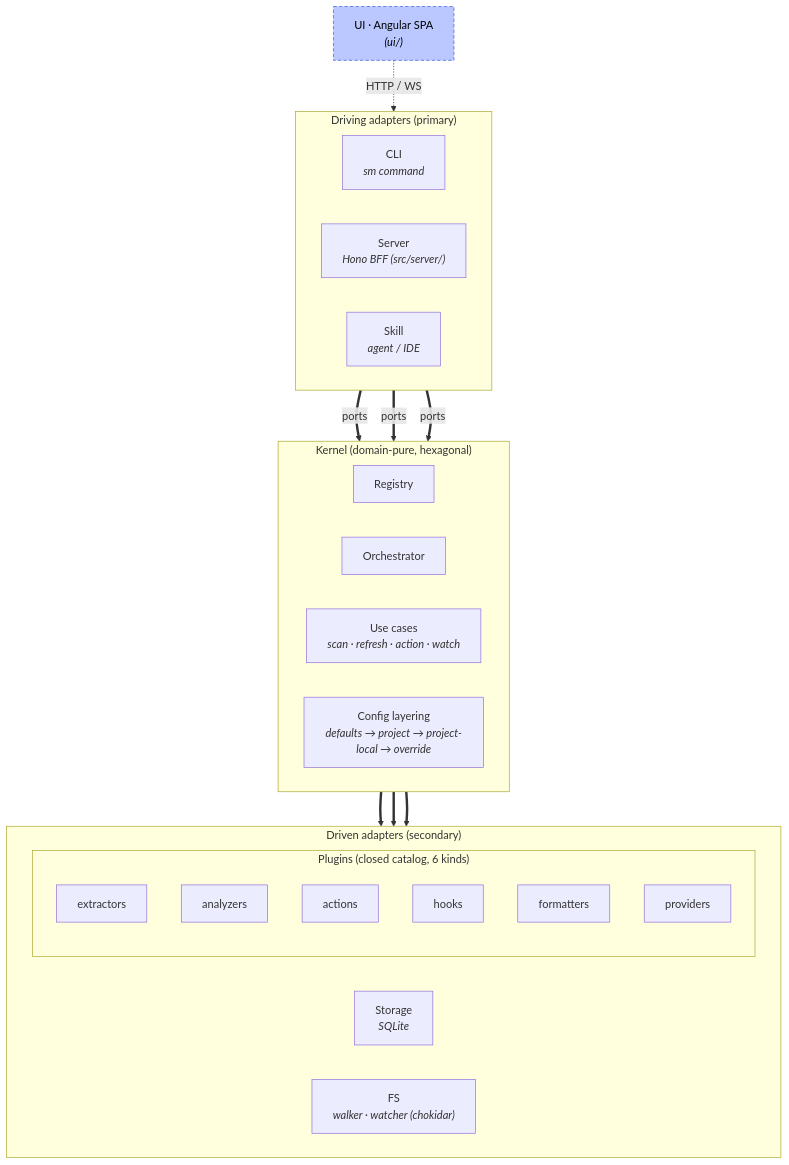
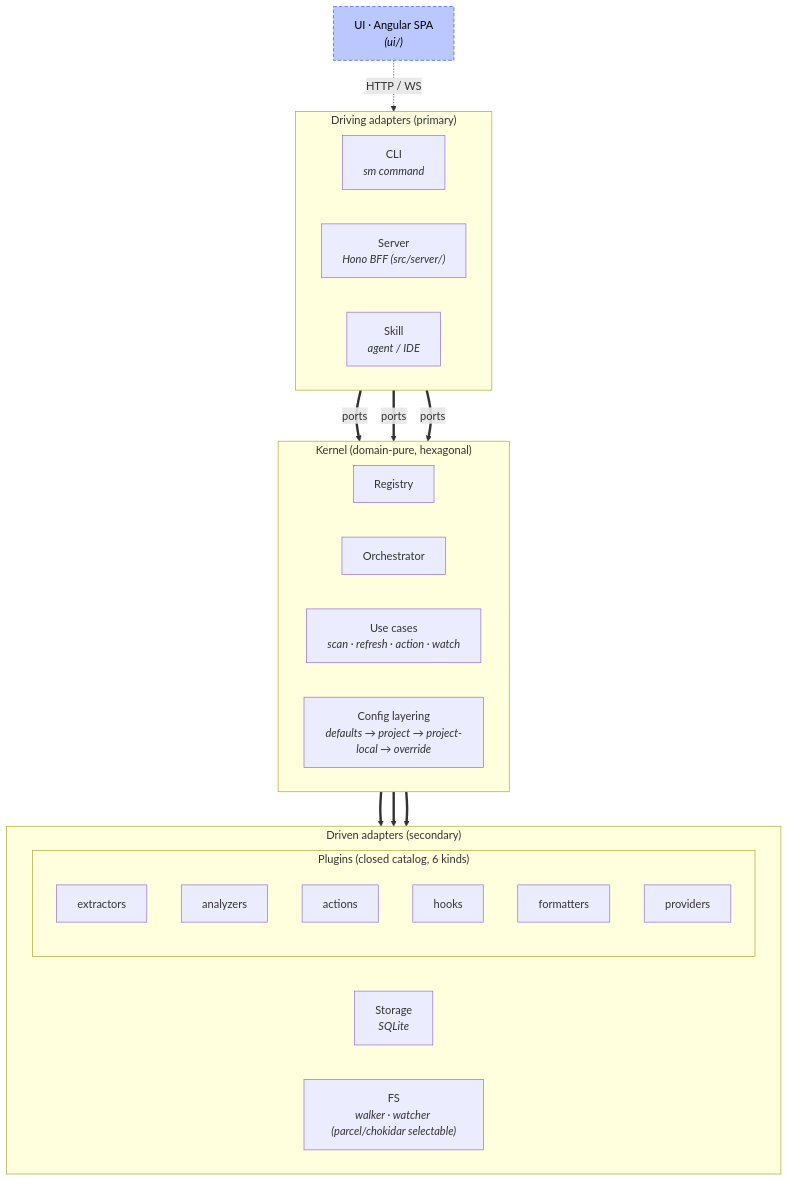
Before and after one commit to TheTechOddBug/skill-map: the diagram in spec/architecture.md, drawn with Mermaid. The commit also changed 16 other files, not shown here.

First line of the commit message:
feat(watcher): selectable backend, @parcel/watcher primary to avoid EMFILE

````diff
--- a/spec/architecture.md
+++ b/spec/architecture.md
@@ -11,49 +11,49 @@
 ```mermaid
 flowchart TB
     subgraph DRIVERS["Driving adapters (primary)"]
         direction LR
         CLI["CLI<br/><i>sm command</i>"]
         SERVER["Server<br/><i>Hono BFF (src/server/)</i>"]
         SKILL["Skill<br/><i>agent / IDE</i>"]
     end
 
     UI["UI · Angular SPA<br/><i>(ui/)</i>"]:::ui
     UI -.->|"HTTP / WS"| SERVER
 
     subgraph KERNEL["Kernel (domain-pure, hexagonal)"]
         direction LR
         REG["Registry"]
         ORCH["Orchestrator"]
         UC["Use cases<br/><i>scan · refresh · action · watch</i>"]
         CONFIG["Config layering<br/><i>defaults → project → project-local → override</i>"]
     end
 
     CLI ==>|"ports"| KERNEL
     SERVER ==>|"ports"| KERNEL
     SKILL ==>|"ports"| KERNEL
 
     subgraph DRIVEN["Driven adapters (secondary)"]
         direction LR
         STORAGE["Storage<br/><i>SQLite</i>"]
-        FS["FS<br/><i>walker · watcher (chokidar)</i>"]
+        FS["FS<br/><i>walker · watcher (parcel/chokidar selectable)</i>"]
         subgraph PLUGINS["Plugins (closed catalog, 6 kinds)"]
             direction TB
             EXT["extractors"]
             ANA["analyzers"]
             ACT["actions"]
             HOOK["hooks"]
             FMT["formatters"]
             PROV["providers"]
         end
     end
 
     KERNEL ==> STORAGE
     KERNEL ==> FS
     KERNEL ==> PLUGINS
 
     classDef ui fill:#bac8ff,stroke:#3b5bdb,stroke-width:1px,color:#000,stroke-dasharray: 5 3
     class CLI,SERVER,SKILL driver
     class REG,ORCH,UC,CONFIG kernel
     class STORAGE,FS adapter
     class EXT,ANA,ACT,HOOK,FMT,PROV plugin
 ```
````
